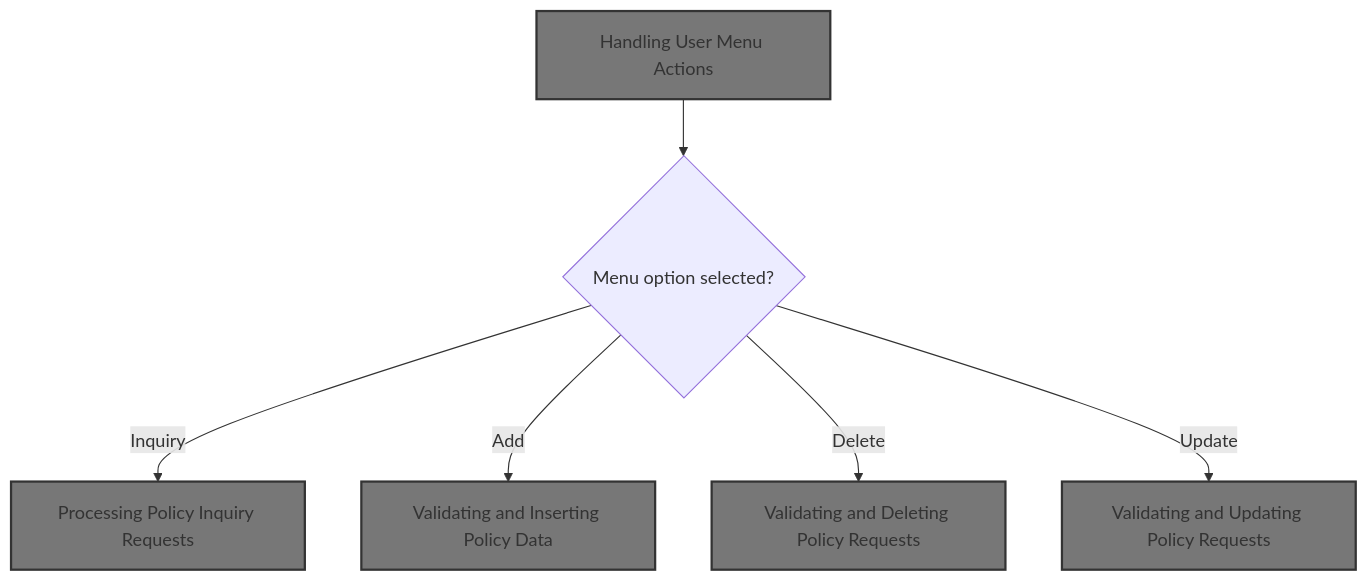
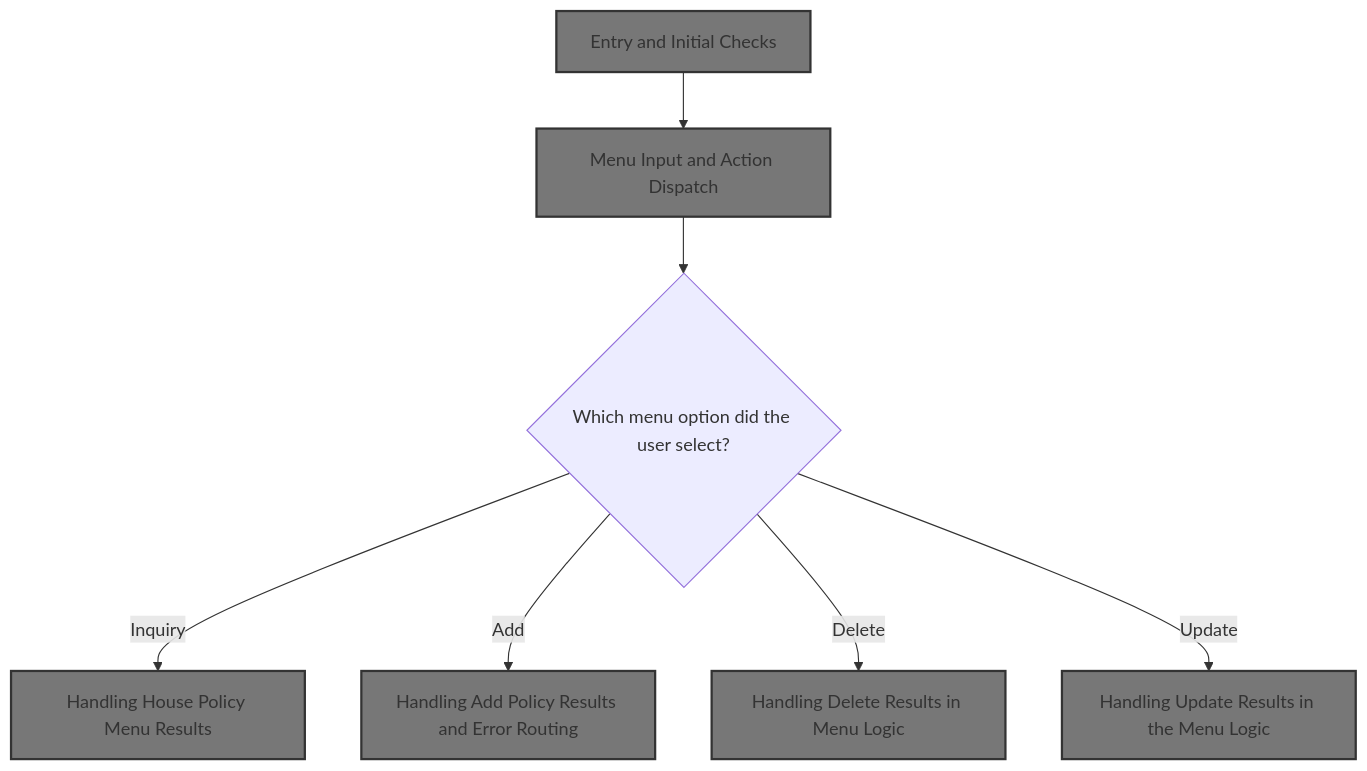
Before and after one commit to Giri-Swimm/Swimmio-genapp-house: the diagram in .swm/house-policy-menu-lgtestp3-overview.0uc4c1y7.sw.md, drawn with Mermaid. The commit also changed other lines of this file and 17 other files, not shown here.

````diff
--- a/.swm/house-policy-menu-lgtestp3-overview.0uc4c1y7.sw.md
+++ b/.swm/house-policy-menu-lgtestp3-overview.0uc4c1y7.sw.md
@@ -8,14 +8,17 @@
 ```mermaid
 flowchart TD
-    node1["Handling User Menu Actions"]:::HeadingStyle --> node2{"Menu option selected?"}
-    click node1 goToHeading "Handling User Menu Actions"
-    node2 -->|"Inquiry"| node3["Processing Policy Inquiry Requests"]:::HeadingStyle
-    click node3 goToHeading "Processing Policy Inquiry Requests"
-    node2 -->|"Add"| node4["Validating and Inserting Policy Data"]:::HeadingStyle
-    click node4 goToHeading "Validating and Inserting Policy Data"
-    node2 -->|"Delete"| node5["Validating and Deleting Policy Requests"]:::HeadingStyle
-    click node5 goToHeading "Validating and Deleting Policy Requests"
-    node2 -->|"Update"| node6["Validating and Updating Policy Requests"]:::HeadingStyle
-    click node6 goToHeading "Validating and Updating Policy Requests"
+    node1["Entry and Initial Checks"]:::HeadingStyle --> node2["Menu Input and Action Dispatch"]:::HeadingStyle
+    click node1 goToHeading "Entry and Initial Checks"
+    click node2 goToHeading "Menu Input and Action Dispatch"
+    node2 --> node3{"Which menu option did the user select?"}
+    node3 -->|"Inquiry"|node4["Handling House Policy Menu Results"]:::HeadingStyle
+    click node4 goToHeading "Handling House Policy Menu Results"
+    node3 -->|"Add"|node5["Handling Add Policy Results and Error Routing"]:::HeadingStyle
+    click node5 goToHeading "Handling Add Policy Results and Error Routing"
+    node3 -->|"Delete"|node6["Handling Delete Results in Menu Logic"]:::HeadingStyle
+    click node6 goToHeading "Handling Delete Results in Menu Logic"
+    node3 -->|"Update"|node7["Handling Update Results in the Menu Logic"]:::HeadingStyle
+    click node7 goToHeading "Handling Update Results in the Menu Logic"
+
 classDef HeadingStyle fill:#777777,stroke:#333,stroke-width:2px;
 ```
````
